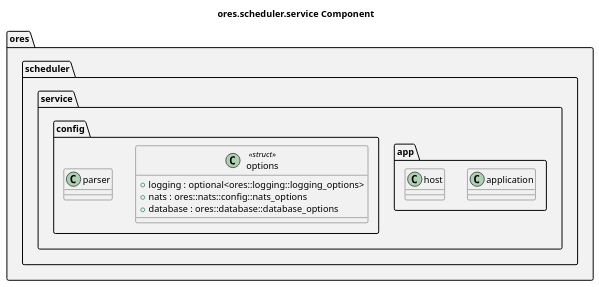
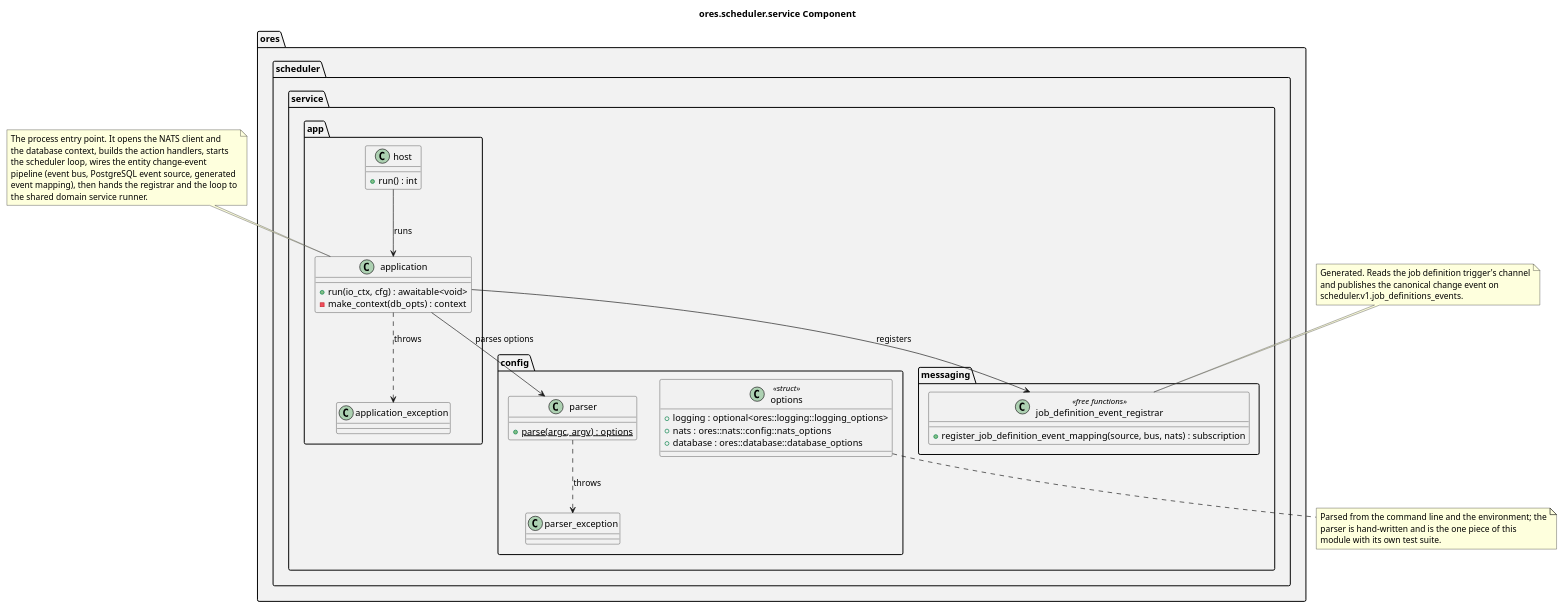
One commit to OreStudio/OreStudio changed the diagram in projects/ores.scheduler/service/modeling/ores.scheduler.service.puml. Above: the diagram before and after it, drawn with PlantUML. The commit also changed 6 other files, not shown here.

```diff
--- a/projects/ores.scheduler/service/modeling/ores.scheduler.service.puml
+++ b/projects/ores.scheduler/service/modeling/ores.scheduler.service.puml
@@ -18,34 +18,82 @@
 @startuml
 
 title ores.scheduler.service Component
 
 set namespaceSeparator ::
 
 namespace ores #F2F2F2 {
     namespace scheduler #F2F2F2 {
         namespace service #F2F2F2 {
             namespace app #F2F2F2 {
                 class application {
+                    +run(io_ctx, cfg) : awaitable<void>
+                    -make_context(db_opts) : context
+                }
+                class application_exception {
                 }
                 class host {
+                    +run() : int
                 }
             }
             namespace config #F2F2F2 {
                 class options <<struct>> {
                     +logging : optional<ores::logging::logging_options>
                     +nats : ores::nats::config::nats_options
                     +database : ores::database::database_options
                 }
                 class parser {
+                    {static} +parse(argc, argv) : options
+                }
+                class parser_exception {
+                }
+            }
+            namespace messaging #F2F2F2 {
+                class job_definition_event_registrar <<free functions>> {
+                    +register_job_definition_event_mapping(source, bus, nats) : subscription
                 }
             }
         }
     }
 }
 
 ' --- manual: everything below this line is hand-authored; the script preserves it ---
 
+' ---------------------------------------------------------------------------
+' Relationships.
+' ---------------------------------------------------------------------------
+
+ores::scheduler::service::app::host --> ores::scheduler::service::app::application : runs
+ores::scheduler::service::app::application --> ores::scheduler::service::config::parser : parses options
+ores::scheduler::service::config::parser ..> ores::scheduler::service::config::parser_exception : throws
+ores::scheduler::service::app::application ..> ores::scheduler::service::app::application_exception : throws
+ores::scheduler::service::app::application --> ores::scheduler::service::messaging::job_definition_event_registrar : registers
+
+' ---------------------------------------------------------------------------
+' Notes.
+' ---------------------------------------------------------------------------
+
+note top of application
+  The process entry point. It opens the NATS client and
+  the database context, builds the action handlers, starts
+  the scheduler loop, wires the entity change-event
+  pipeline (event bus, PostgreSQL event source, generated
+  event mapping), then hands the registrar and the loop to
+  the shared domain service runner.
+end note
+
+note top of job_definition_event_registrar
+  Generated. Reads the job definition trigger's channel
+  and publishes the canonical change event on
+  scheduler.v1.job_definitions_events.
+end note
+
+note bottom of options
+  Parsed from the command line and the environment; the
+  parser is hand-written and is the one piece of this
+  module with its own test suite.
+end note
+
 ' Local Variables:
 ' compile-command: "java -Djava.awt.headless=true -DPLANTUML_SECURITY_PROFILE=UNSECURE -DPLANTUML_LIMIT_SIZE=65535 -jar /usr/share/plantuml/plantuml.jar ores.scheduler.service.puml"
 ' End:
 @enduml
```
